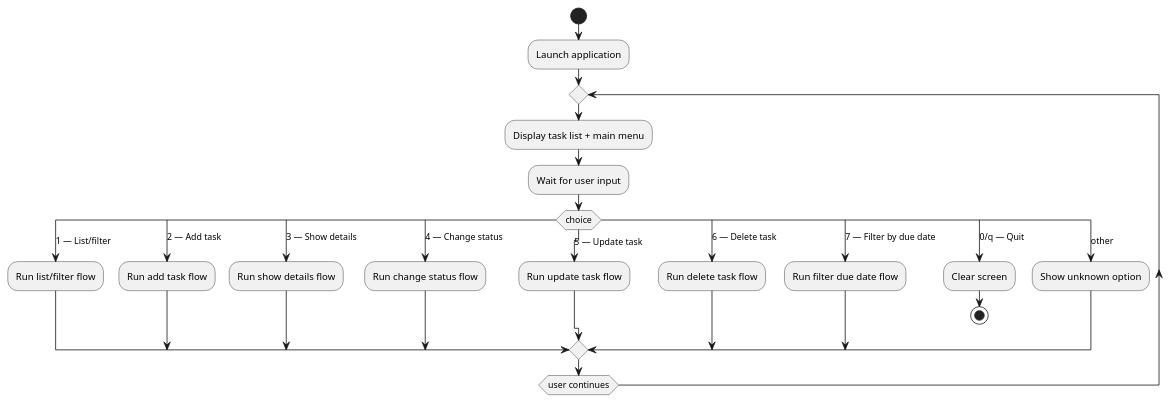
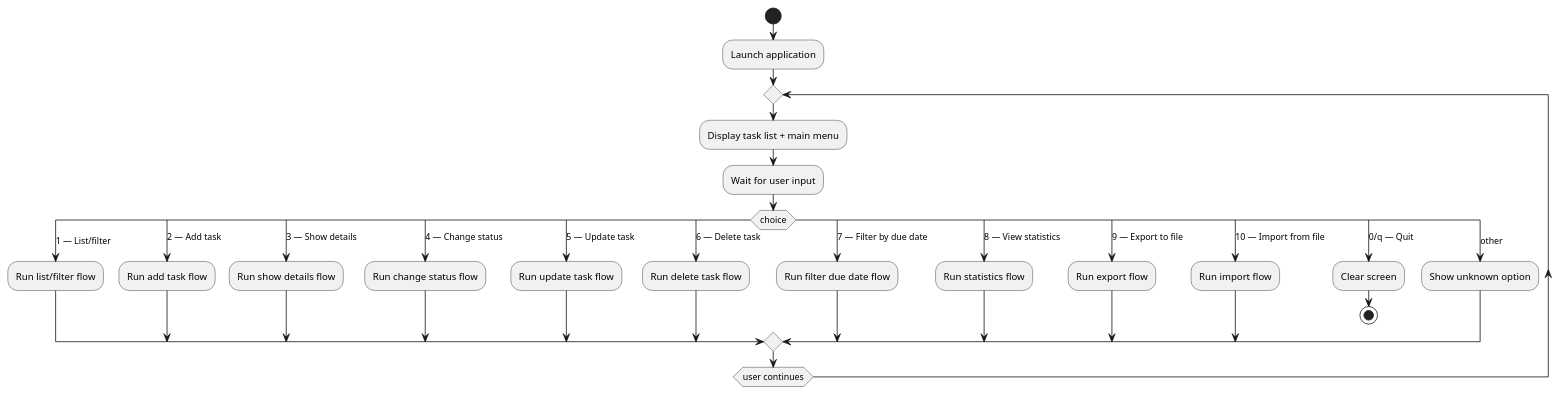
Before and after one commit to DanielRiha8906/Software_autoevolution_using_agents: the diagram in experiments/pipeline/test_driven/TODO/artifacts/activity_diagram.puml, drawn with PlantUML. The commit also changed 9 other files, not shown here.

```diff
--- a/experiments/pipeline/test_driven/TODO/artifacts/activity_diagram.puml
+++ b/experiments/pipeline/test_driven/TODO/artifacts/activity_diagram.puml
@@ -1,34 +1,40 @@
 @startuml
 
 start
 :Launch application;
 
 repeat
   :Display task list + main menu;
   :Wait for user input;
 
   switch (choice)
     case (1 — List/filter)
       :Run list/filter flow;
     case (2 — Add task)
       :Run add task flow;
     case (3 — Show details)
       :Run show details flow;
     case (4 — Change status)
       :Run change status flow;
     case (5 — Update task)
       :Run update task flow;
     case (6 — Delete task)
       :Run delete task flow;
     case (7 — Filter by due date)
       :Run filter due date flow;
+    case (8 — View statistics)
+      :Run statistics flow;
+    case (9 — Export to file)
+      :Run export flow;
+    case (10 — Import from file)
+      :Run import flow;
     case (0/q — Quit)
       :Clear screen;
       stop
     case (other)
       :Show unknown option;
   endswitch
 
 repeat while (user continues)
 
 @enduml
```
